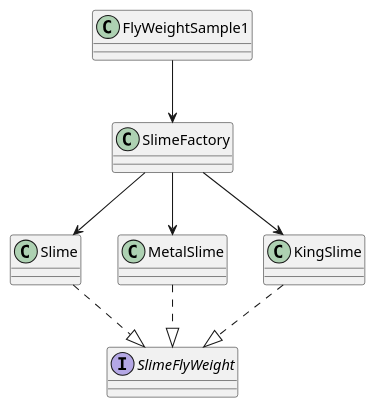
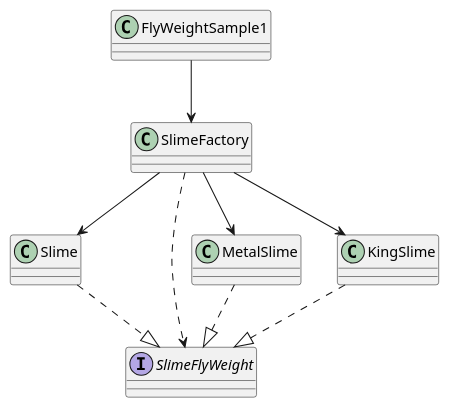
The diagram in Assets/Sample/FlyWeight/Sample1/FlyWeightSample1.puml (taku686/FLAMA-Practice), drawn with PlantUML before and after one commit. The commit also changed 95 other files, not shown here.

```diff
--- a/Assets/Sample/FlyWeight/Sample1/FlyWeightSample1.puml
+++ b/Assets/Sample/FlyWeight/Sample1/FlyWeightSample1.puml
@@ -1,16 +1,17 @@
 @startuml
 FlyWeightSample1 --> SlimeFactory
 Slime ..|> SlimeFlyWeight
 MetalSlime ..|> SlimeFlyWeight
 KingSlime ..|> SlimeFlyWeight
 SlimeFactory --> Slime
 SlimeFactory --> MetalSlime
 SlimeFactory --> KingSlime
+SlimeFactory ..> SlimeFlyWeight
 
 class FlyWeightSample1
 interface SlimeFlyWeight
 class Slime
 class MetalSlime
 class KingSlime
 class SlimeFactory
 @enduml
```
